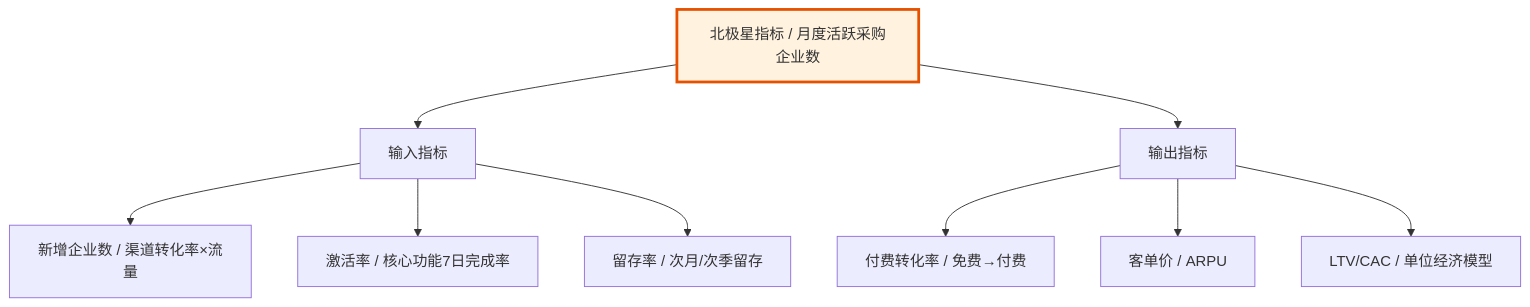
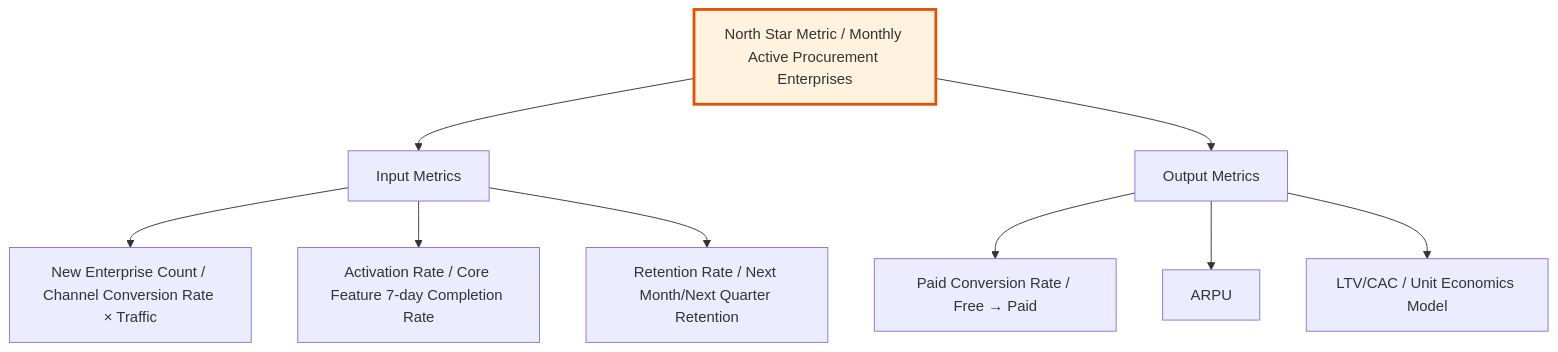
Diagram 15 of 17 in templates/产品/战略层/【模板】市场需求文档.md (Kirky-X/cangjie), drawn with Mermaid before and after one commit. The commit also changed other lines of this file and 60 other files, not shown here.

````diff
--- a/templates/产品/战略层/【模板】市场需求文档.md
+++ b/templates/产品/战略层/【模板】市场需求文档.md
@@ -713,15 +677,15 @@
 ```mermaid
 graph TD
-    A[北极星指标 / 月度活跃采购企业数] --> B[输入指标]
-    A --> C[输出指标]
+    A[North Star Metric / Monthly Active Procurement Enterprises] --> B[Input Metrics]
+    A --> C[Output Metrics]
 
-    B --> B1[新增企业数 / 渠道转化率×流量]
-    B --> B2[激活率 / 核心功能7日完成率]
-    B --> B3[留存率 / 次月/次季留存]
+    B --> B1[New Enterprise Count / Channel Conversion Rate × Traffic]
+    B --> B2[Activation Rate / Core Feature 7-day Completion Rate]
+    B --> B3[Retention Rate / Next Month/Next Quarter Retention]
 
-    C --> C1[付费转化率 / 免费→付费]
-    C --> C2[客单价 / ARPU]
-    C --> C3[LTV/CAC / 单位经济模型]
+    C --> C1[Paid Conversion Rate / Free → Paid]
+    C --> C2[ARPU]
+    C --> C3[LTV/CAC / Unit Economics Model]
 
     style A fill:#fff3e0,stroke:#e65100,stroke-width:3px
 ```
````
